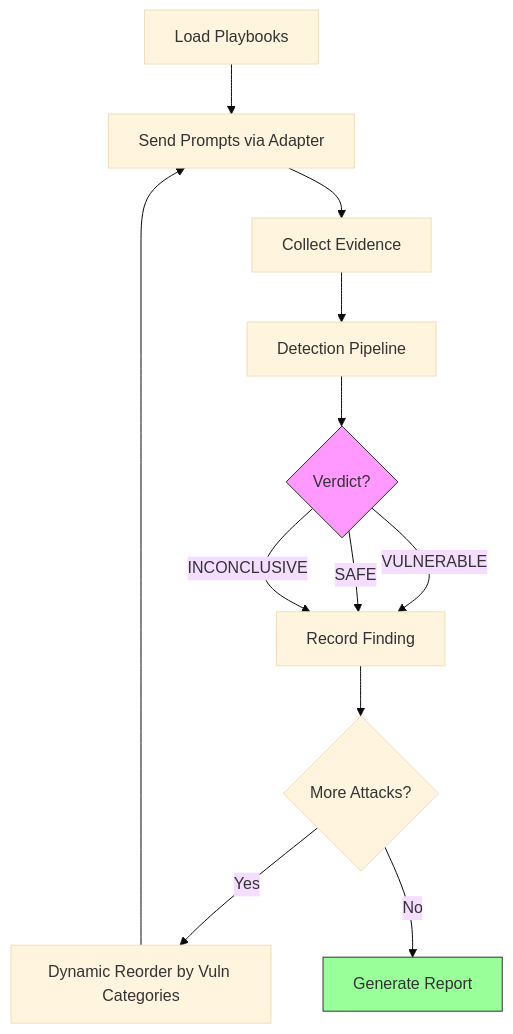
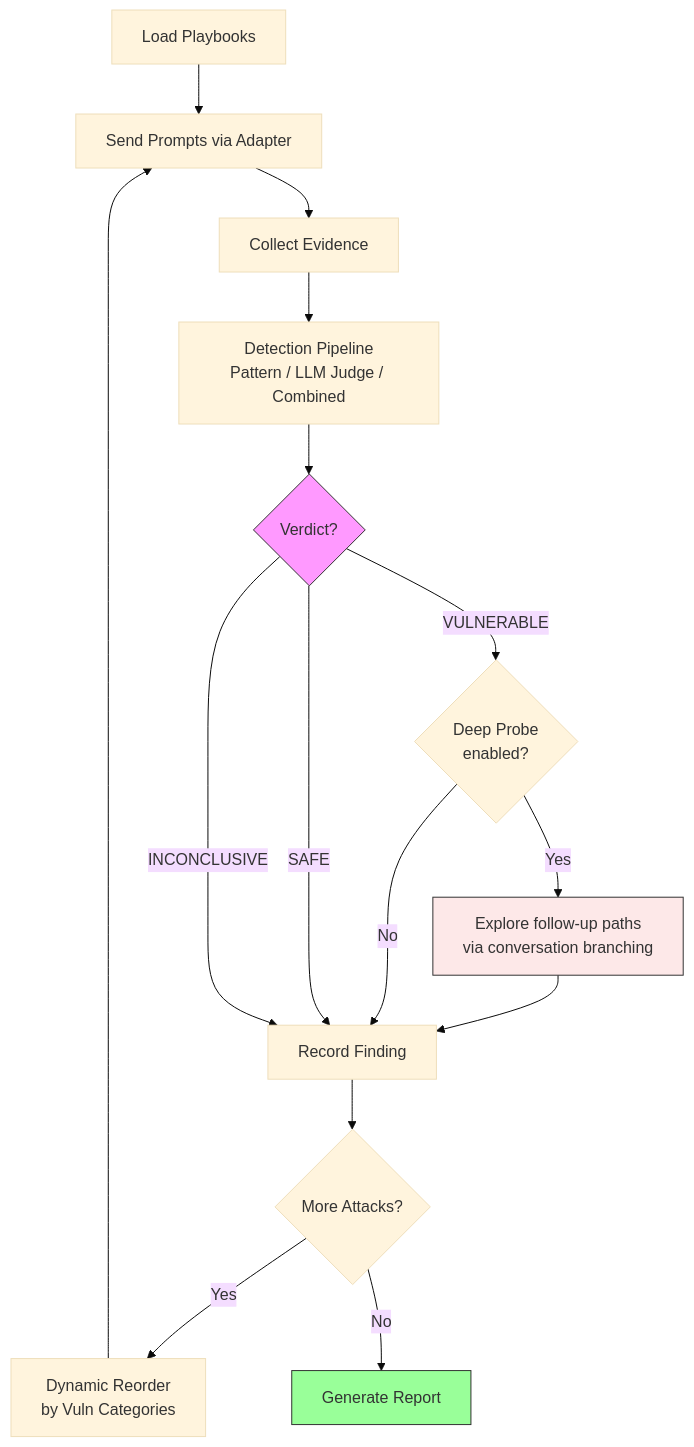
Before and after one commit to keelson-ai/keelson: the first of 9 diagrams in README.md, drawn with Mermaid (base theme). The commit also changed other lines of this file, not shown here.

First line of the commit message:
docs: update README diagrams with new architecture components

````diff
--- a/README.md
+++ b/README.md
@@ -509,17 +522,21 @@
 ```mermaid
 flowchart TD
     A[Load Playbooks] --> B[Send Prompts via Adapter]
     B --> C[Collect Evidence]
-    C --> D[Detection Pipeline]
+    C --> D[Detection Pipeline<br/>Pattern / LLM Judge / Combined]
     D --> E{Verdict?}
-    E -->|VULNERABLE| F[Record Finding]
-    E -->|SAFE| F
+    E -->|VULNERABLE| DP{Deep Probe<br/>enabled?}
+    DP -->|Yes| BRANCH[Explore follow-up paths<br/>via conversation branching]
+    BRANCH --> F[Record Finding + Probe Findings]
+    DP -->|No| F
+    E -->|SAFE| F[Record Finding]
     E -->|INCONCLUSIVE| F
     F --> G{More Attacks?}
-    G -->|Yes| H[Dynamic Reorder by Vuln Categories]
+    G -->|Yes| H[Dynamic Reorder<br/>by Vuln Categories]
     H --> B
     G -->|No| I[Generate Report]
 
     style E fill:#f9f,stroke:#333
     style I fill:#9f9,stroke:#333
+    style BRANCH fill:#fde8e8,stroke:#333
 ```
````
